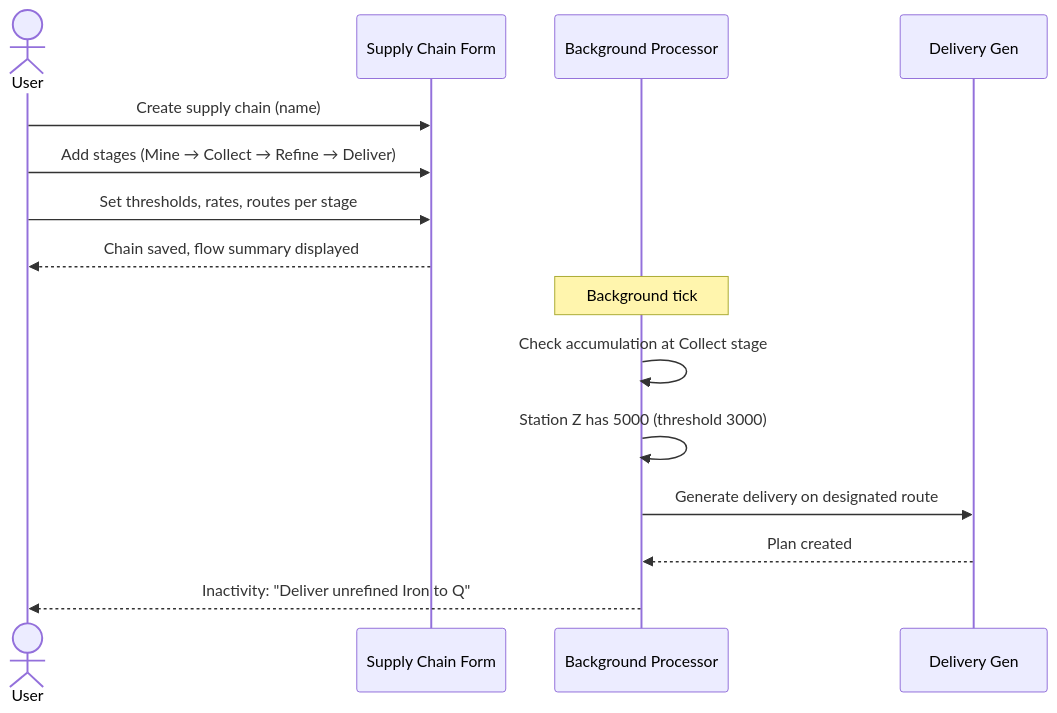
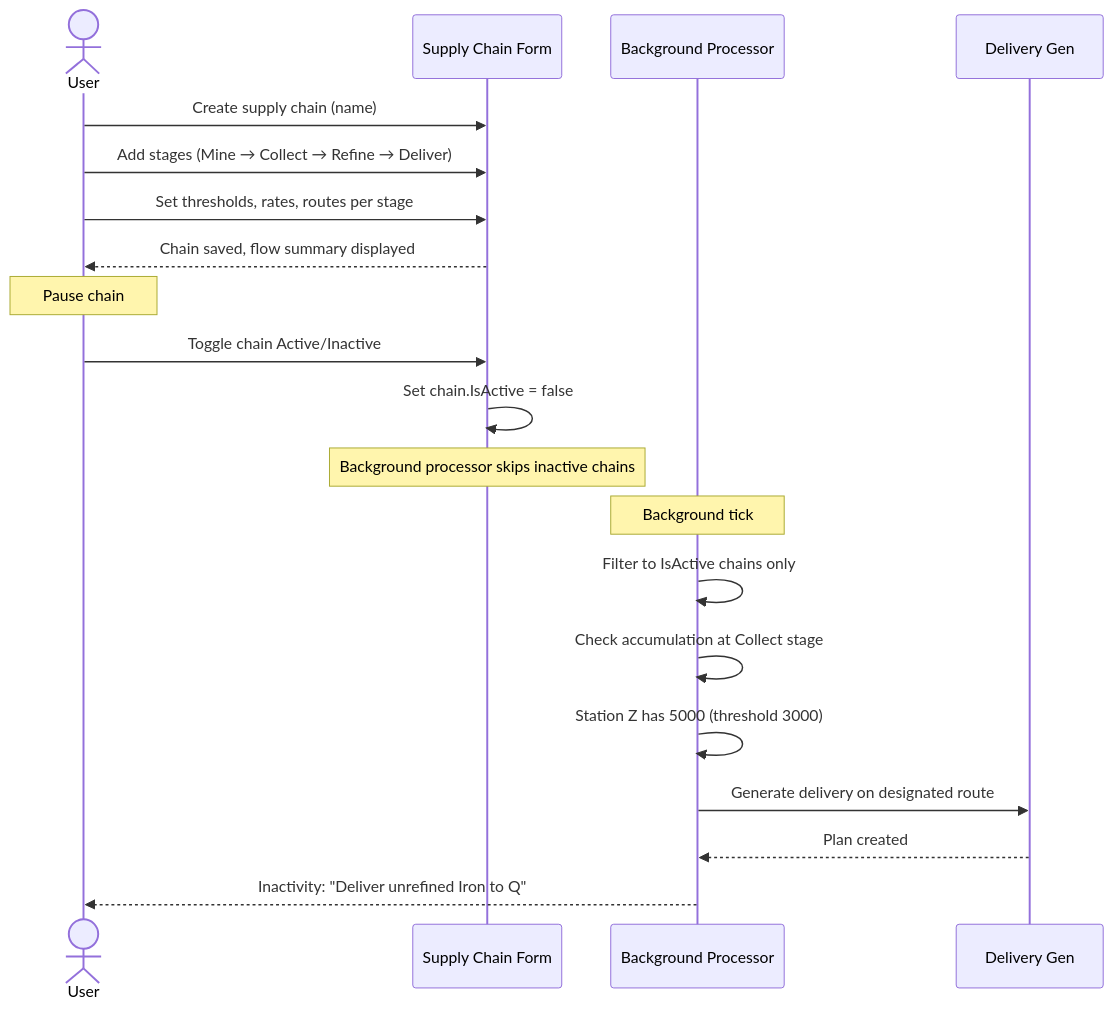
Diagram 15 of 18 in .kiro/specs/empire-systems/design.md (scalorn/OuterEmpires2EmpireTracker), drawn with Mermaid before and after one commit. The commit also changed other lines of this file, not shown here.

````diff
--- a/.kiro/specs/empire-systems/design.md
+++ b/.kiro/specs/empire-systems/design.md
@@ -432,19 +437,25 @@
 ```mermaid
 sequenceDiagram
     actor User
     participant SC as Supply Chain Form
     participant BG as Background Processor
     participant DG as Delivery Gen
 
     User->>SC: Create supply chain (name)
     User->>SC: Add stages (Mine → Collect → Refine → Deliver)
     User->>SC: Set thresholds, rates, routes per stage
     SC-->>User: Chain saved, flow summary displayed
 
+    Note over User: Pause chain
+    User->>SC: Toggle chain Active/Inactive
+    SC->>SC: Set chain.IsActive = false
+    Note over SC: Background processor skips inactive chains
+
     Note over BG: Background tick
+    BG->>BG: Filter to IsActive chains only
     BG->>BG: Check accumulation at Collect stage
     BG->>BG: Station Z has 5000 (threshold 3000)
     BG->>DG: Generate delivery on designated route
     DG-->>BG: Plan created
     BG-->>User: Inactivity: "Deliver unrefined Iron to Q"
 ```
````
